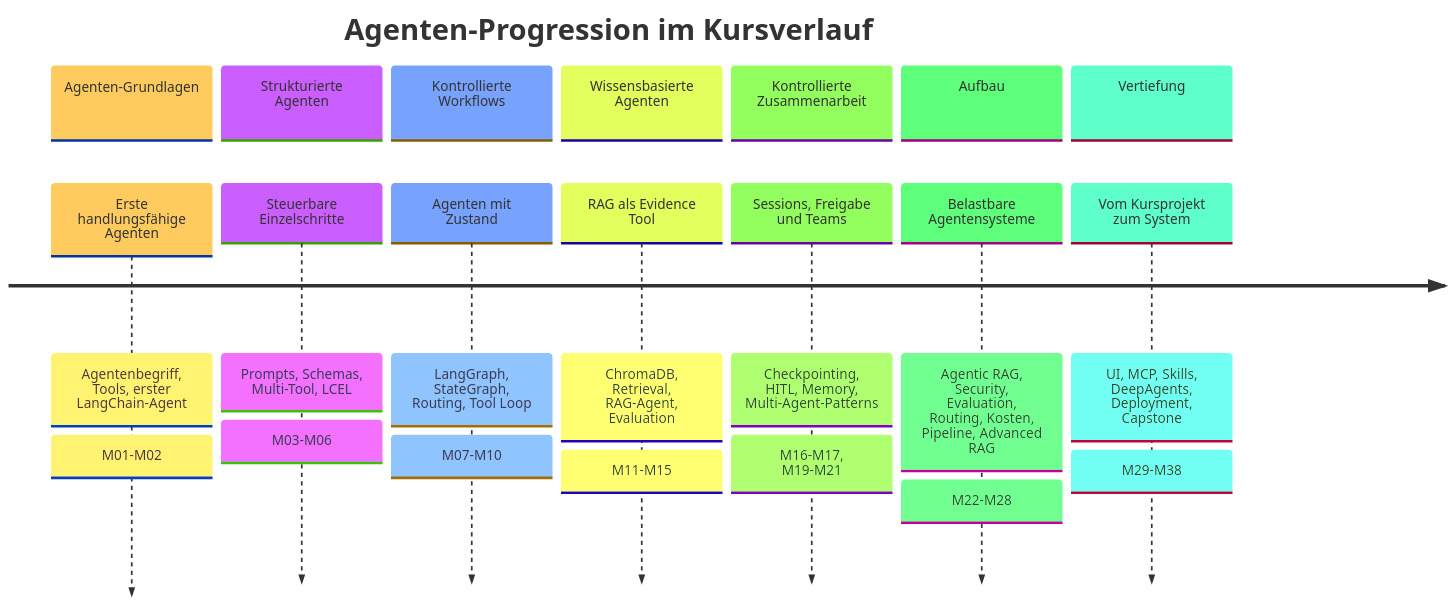
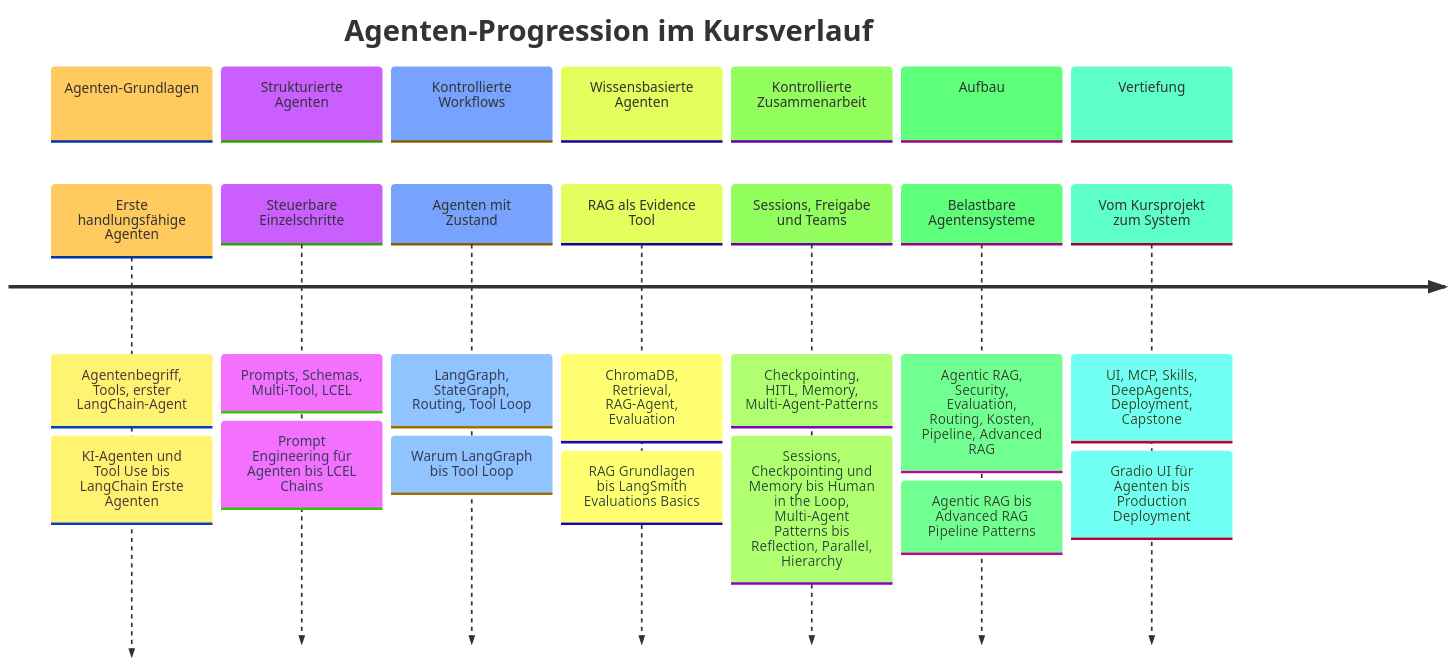
Before and after one commit to ralf-42/Agenten: the diagram in docs/02-orientierung-entscheidung/kursueberblick.md, drawn with Mermaid. The commit also changed other lines of this file and 82 other files, not shown here.

````diff
--- a/docs/02-orientierung-entscheidung/kursueberblick.md
+++ b/docs/02-orientierung-entscheidung/kursueberblick.md
@@ -79,36 +79,36 @@
 ```mermaid
 %%{init: {
   'theme': 'base',
   'themeVariables': {
     'timelineLineColor': '#0284c7',
     'sectionBkgColor': '#e0f2fe',
     'sectionTextColor': '#0c4a6e',
     'containerBkgColor': '#f8fafc',
     'taskBkgColor': '#e0f2fe',
     'taskTextColor': '#0c4a6e'
   }
 }}%%
 timeline
     title Agenten-Progression im Kursverlauf
     section Agenten-Grundlagen
         Erste handlungsfähige Agenten : Agentenbegriff, Tools, erster LangChain-Agent
-                                     : M01-M02
+                                     : KI-Agenten und Tool Use bis LangChain Erste Agenten
     section Strukturierte Agenten
         Steuerbare Einzelschritte     : Prompts, Schemas, Multi-Tool, LCEL
-                                     : M03-M06
+                                     : Prompt Engineering für Agenten bis LCEL Chains
     section Kontrollierte Workflows
         Agenten mit Zustand           : LangGraph, StateGraph, Routing, Tool Loop
-                                     : M07-M10
+                                     : Warum LangGraph bis Tool Loop
     section Wissensbasierte Agenten
         RAG als Evidence Tool         : ChromaDB, Retrieval, RAG-Agent, Evaluation
-                                     : M11-M15
+                                     : RAG Grundlagen bis LangSmith Evaluations Basics
     section Kontrollierte Zusammenarbeit
         Sessions, Freigabe und Teams  : Checkpointing, HITL, Memory, Multi-Agent-Patterns
-                                     : M16-M17, M19-M21
+                                     : Sessions, Checkpointing und Memory bis Human in the Loop, Multi-Agent Patterns bis Reflection, Parallel, Hierarchy
     section Aufbau
         Belastbare Agentensysteme     : Agentic RAG, Security, Evaluation, Routing, Kosten, Pipeline, Advanced RAG
-                                     : M22-M28
+                                     : Agentic RAG bis Advanced RAG Pipeline Patterns
     section Vertiefung
         Vom Kursprojekt zum System    : UI, MCP, Skills, DeepAgents, Deployment, Capstone
-                                     : M29-M38
+                                     : Gradio UI für Agenten bis Production Deployment
 ```
````
